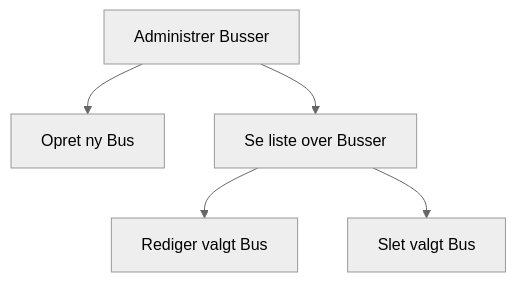
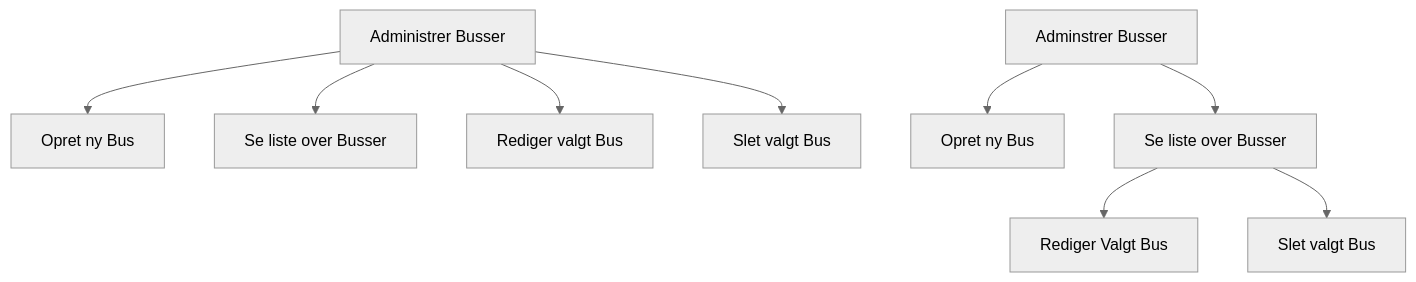
The diagram in Dokumentation/Iteration 1/Use Case 1/Wireframe.mmd (Team-14-pa-UCL/Getting-Real2), drawn with Mermaid (neutral theme) before and after one commit. The commit also changed 3 other files, not shown here.

```diff
--- a/Dokumentation/Iteration 1/Use Case 1/Wireframe.mmd
+++ b/Dokumentation/Iteration 1/Use Case 1/Wireframe.mmd
@@ -1,5 +1,10 @@
 flowchart TD
     A[Administrer Busser] --> B[Opret ny Bus]
     A --> C[Se liste over Busser]
-    C --> D[Rediger valgt Bus]
-    C --> E[Slet valgt Bus]
+    A --> D[Rediger valgt Bus]
+    A --> E[Slet valgt Bus]
+
+    F[Adminstrer Busser] --> G[Opret ny Bus]
+    F --> H[Se liste over Busser]
+    H --> I[Rediger Valgt Bus]
+    H --> J[Slet valgt Bus]
```
